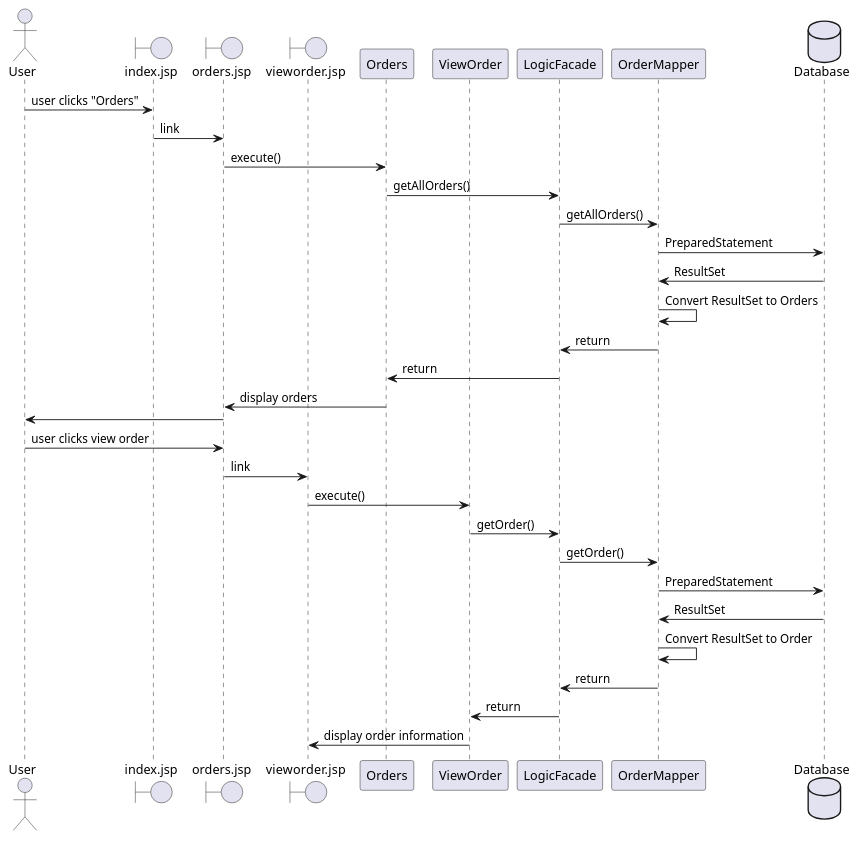
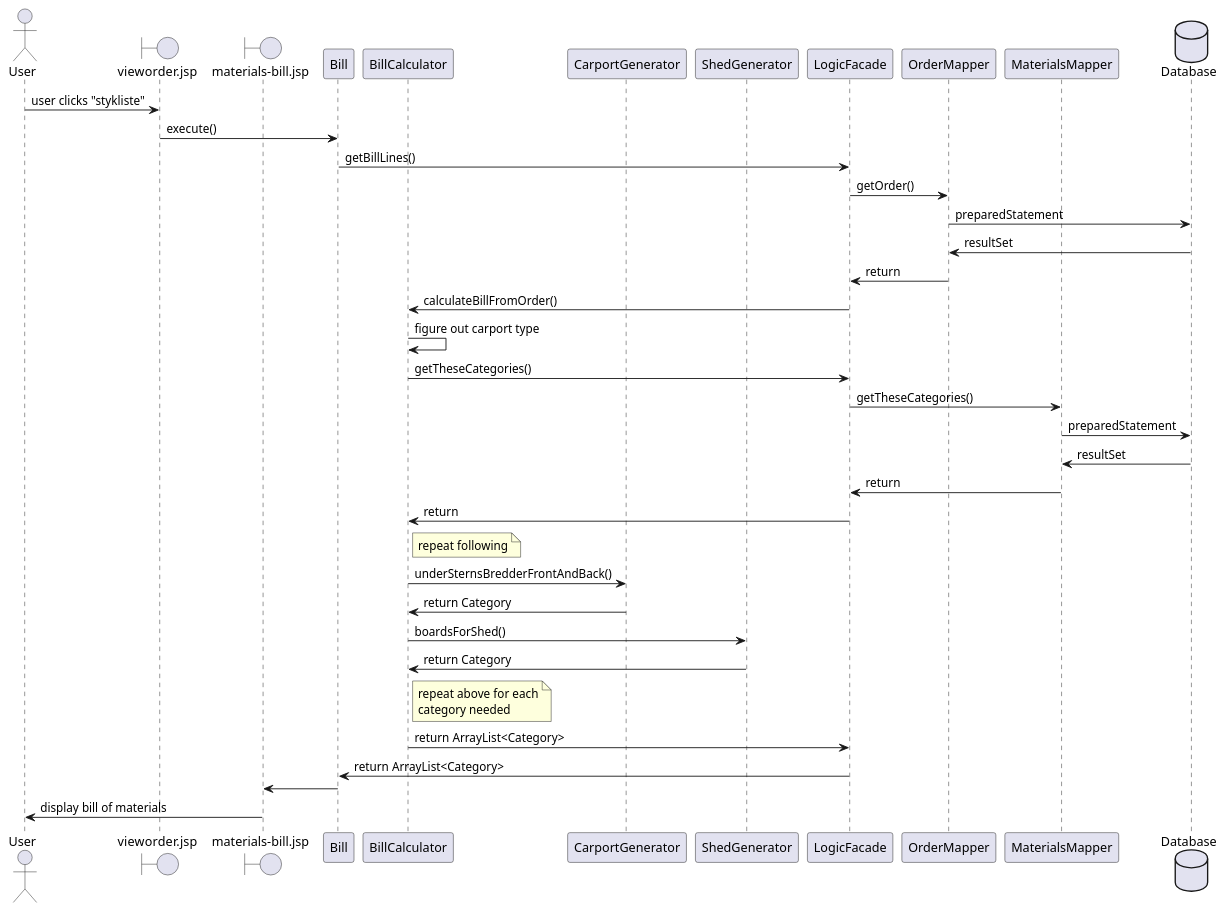
One commit to olvang/Fogbyggemarked changed the diagram in other/diagrams/SequenceDiagramBill.puml. Above: the diagram before and after it, drawn with PlantUML. The commit also changed 8 other files, not shown here.

Commit message:
creates diagram pngs and updates puml files

```diff
--- a/other/diagrams/SequenceDiagramBill.puml
+++ b/other/diagrams/SequenceDiagramBill.puml
@@ -1,39 +1,50 @@
 @startuml
 
 Actor User as user
-boundary "index.jsp" as request
-boundary "orders.jsp" as orders
 boundary "vieworder.jsp" as vieworder
-participant "Orders" as Orders
-participant "ViewOrder" as ViewOrder
+boundary "materials-bill.jsp" as matbill
+participant "Bill" as bill
+participant "BillCalculator" as billcalc
+participant "CarportGenerator" as carportgen
+participant "ShedGenerator" as shedgen
 participant LogicFacade
 participant OrderMapper
+participant MaterialsMapper
 database "Database" as database
 
-user -> request : user clicks "Orders"
-request -> orders : link
-orders -> Orders : execute()
-Orders -> LogicFacade : getAllOrders()
-LogicFacade -> OrderMapper : getAllOrders()
-OrderMapper -> database : PreparedStatement
-database -> OrderMapper : ResultSet
-OrderMapper -> OrderMapper : Convert ResultSet to Orders
+user -> vieworder : user clicks "stykliste"
+vieworder -> bill : execute()
+bill -> LogicFacade : getBillLines()
+LogicFacade -> OrderMapper : getOrder()
+OrderMapper -> database : preparedStatement
+database -> OrderMapper : resultSet
 OrderMapper -> LogicFacade : return
-LogicFacade -> Orders : return
-Orders -> orders : display orders
-orders -> user
+LogicFacade -> billcalc : calculateBillFromOrder()
+billcalc -> billcalc : figure out carport type
+billcalc -> LogicFacade : getTheseCategories()
+LogicFacade -> MaterialsMapper : getTheseCategories()
+MaterialsMapper -> database : preparedStatement
+database -> MaterialsMapper : resultSet
+MaterialsMapper -> LogicFacade : return
+LogicFacade -> billcalc : return
 
-user -> orders : user clicks view order
-orders -> vieworder : link
-vieworder -> ViewOrder : execute()
-ViewOrder -> LogicFacade : getOrder()
-LogicFacade -> OrderMapper : getOrder()
-OrderMapper -> database : PreparedStatement
-database -> OrderMapper : ResultSet
-OrderMapper -> OrderMapper : Convert ResultSet to Order
-OrderMapper -> LogicFacade : return
-LogicFacade -> ViewOrder : return
-ViewOrder -> vieworder : display order information
+note right of billcalc
+repeat following
+end note
 
+billcalc -> carportgen : underSternsBredderFrontAndBack()
+carportgen -> billcalc : return Category
+billcalc -> shedgen : boardsForShed()
+shedgen -> billcalc : return Category
+
+note right of billcalc
+repeat above for each
+category needed
+end note
+
+billcalc -> LogicFacade : return ArrayList<Category>
+LogicFacade -> bill : return ArrayList<Category>
+bill -> matbill
+matbill -> user : display bill of materials
 
 @enduml
```
